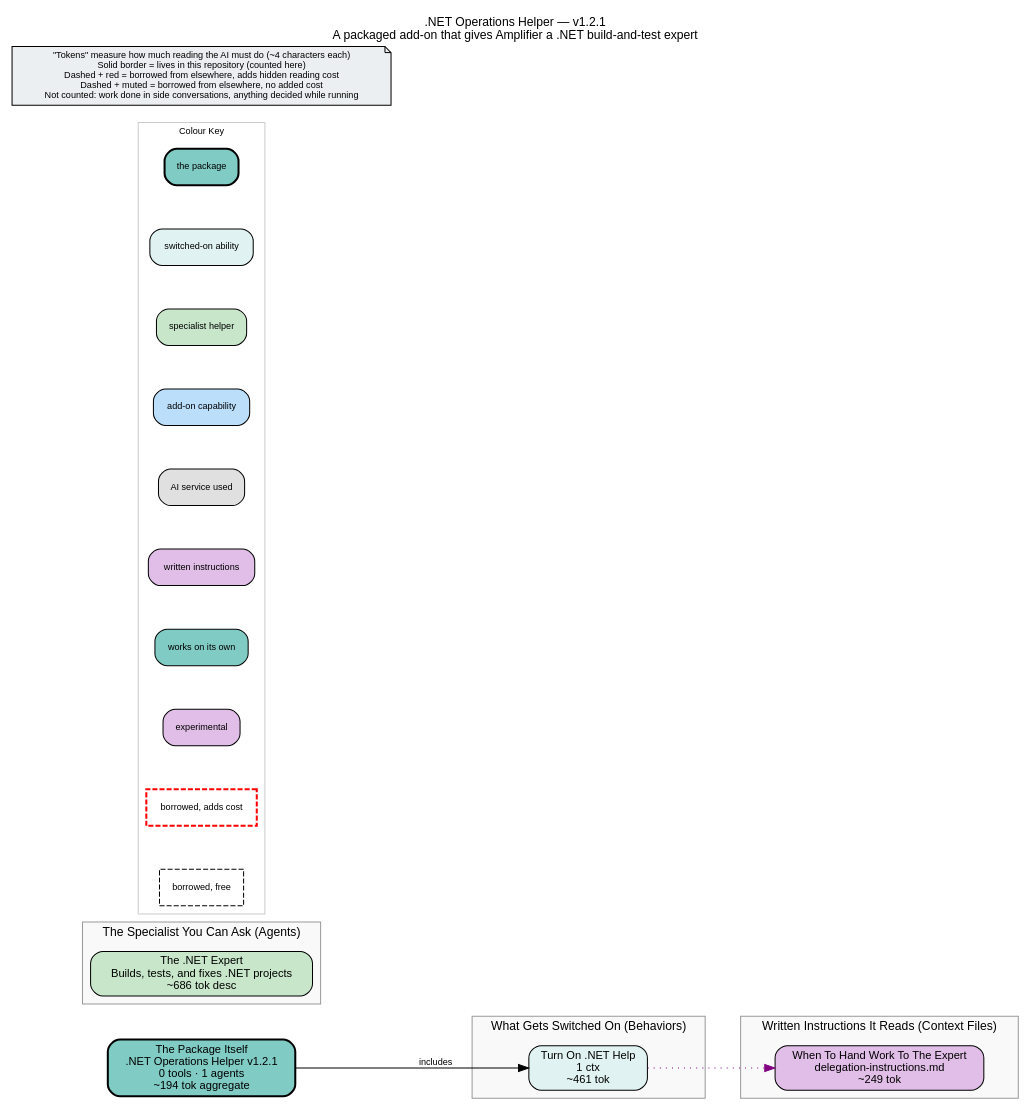
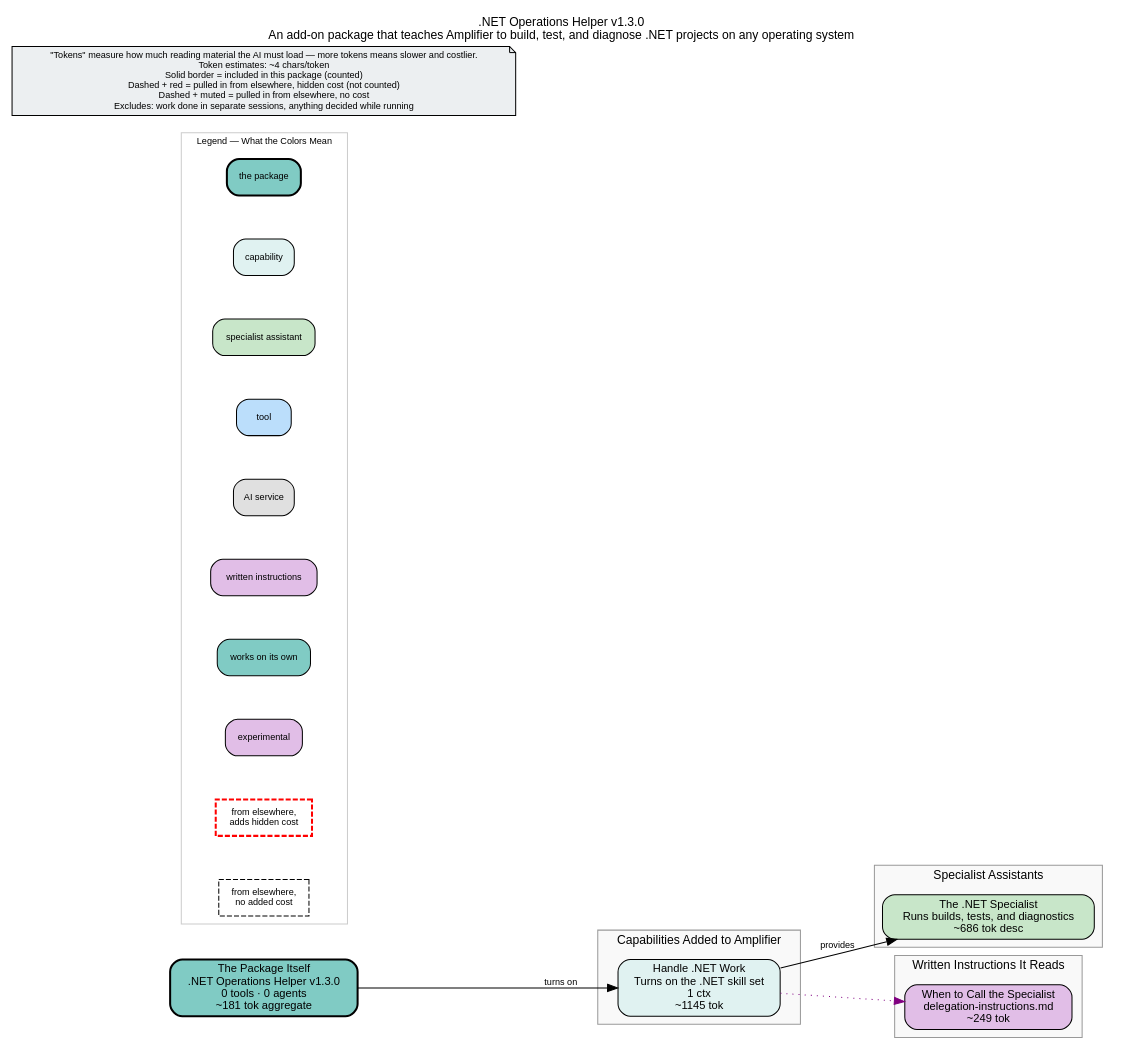
Before and after one commit to colombod/amplifier-bundle-dotnet-ops: the diagram in bundle.dot, drawn with Graphviz. The commit also changed 6 other files, not shown here.

```diff
--- a/bundle.dot
+++ b/bundle.dot
@@ -1,70 +1,71 @@
-// This repository packages a ready-made ".NET helper" assistant that Amplifier can install, so a project can get expert help with .NET build, test, and troubleshooting tasks.
+// This repository packages a ".NET operations" helper for Amplifier: a single specialist assistant that runs .NET build, test, and diagnostic commands correctly on Windows, macOS, and Linux.
 digraph dotnet_ops {
     rankdir=LR
     fontname="Helvetica"
     fontsize=12
-    label=".NET Operations Helper — v1.2.1\nA packaged add-on that gives Amplifier a .NET build-and-test expert"
+    label=".NET Operations Helper v1.3.0\nAn add-on package that teaches Amplifier to build, test, and diagnose .NET projects on any operating system"
     labelloc=t
     labeljust=c
     nodesep=0.6
     ranksep=0.7
     bgcolor="white"
-    source_hash="94531b62e8594e83e48ceeb0b5c102f6bdf8eb645a441ce17d0b331c5adb53c2"
+    source_hash="b393b62b27bcdbef15b68c7211f68be3ac25df161c7fa38a92c2e7300a463ac8"
 
     node [fontname="Helvetica", fontsize=11, style="filled,rounded"]
     edge [fontname="Helvetica", fontsize=9]
 
-    root_dotnet_ops [label="The Package Itself\n.NET Operations Helper v1.2.1\n0 tools · 1 agents\n~194 tok aggregate", shape=box, fillcolor="#80cbc4", style="filled,rounded,bold", penwidth=2]
+    root_dotnet_ops [label="The Package Itself\n.NET Operations Helper v1.3.0\n0 tools · 0 agents\n~181 tok aggregate", shape=box, fillcolor="#80cbc4", style="filled,rounded,bold", penwidth=2]
 
     subgraph cluster_behaviors {
-        label="What Gets Switched On (Behaviors)"
+        label="Capabilities Added to Amplifier"
         style="filled"
         fillcolor="#f9f9f9"
         color="#999999"
 
-        beh_dotnet_ops_behavior [label="Turn On .NET Help\n1 ctx\n~461 tok", shape=box, fillcolor="#e0f2f1", style="filled,rounded"]
+        beh_dotnet_ops_behavior [label="Handle .NET Work\nTurns on the .NET skill set\n1 ctx\n~1145 tok", shape=box, fillcolor="#e0f2f1", style="filled,rounded"]
     }
 
     subgraph cluster_agents {
-        label="The Specialist You Can Ask (Agents)"
+        label="Specialist Assistants"
         style="filled"
         fillcolor="#f9f9f9"
         color="#999999"
 
-        agt_dotnet_ops [label="The .NET Expert\nBuilds, tests, and fixes .NET projects\n~686 tok desc", shape=box, fillcolor="#c8e6c9", style="filled,rounded"]
+        agt_dotnet_ops [label="The .NET Specialist\nRuns builds, tests, and diagnostics\n~686 tok desc", shape=box, fillcolor="#c8e6c9", style="filled,rounded"]
     }
 
     subgraph cluster_context {
-        label="Written Instructions It Reads (Context Files)"
+        label="Written Instructions It Reads"
         style="filled"
         fillcolor="#f9f9f9"
         color="#999999"
 
-        ctx_delegation_instructions_md [label="When To Hand Work To The Expert\ndelegation-instructions.md\n~249 tok", shape=box, fillcolor="#e1bee7", style="filled,rounded"]
+        ctx_delegation_instructions_md [label="When to Call the Specialist\ndelegation-instructions.md\n~249 tok", shape=box, fillcolor="#e1bee7", style="filled,rounded"]
     }
 
     subgraph cluster_legend {
-        label="Colour Key"
+        label="Legend — What the Colors Mean"
         style="filled"
         fillcolor="white"
         color="#cccccc"
         fontsize=9
 
         leg_root [label="the package", shape=box, fillcolor="#80cbc4", style="filled,rounded,bold", fontsize=9]
-        leg_behavior [label="switched-on ability", shape=box, fillcolor="#e0f2f1", style="filled,rounded", fontsize=9]
-        leg_agent [label="specialist helper", shape=box, fillcolor="#c8e6c9", style="filled,rounded", fontsize=9]
-        leg_module [label="add-on capability", shape=box, fillcolor="#bbdefb", style="filled,rounded", fontsize=9]
-        leg_provider [label="AI service used", shape=box, fillcolor="#e0e0e0", style="filled,rounded", fontsize=9]
+        leg_behavior [label="capability", shape=box, fillcolor="#e0f2f1", style="filled,rounded", fontsize=9]
+        leg_agent [label="specialist assistant", shape=box, fillcolor="#c8e6c9", style="filled,rounded", fontsize=9]
+        leg_module [label="tool", shape=box, fillcolor="#bbdefb", style="filled,rounded", fontsize=9]
+        leg_provider [label="AI service", shape=box, fillcolor="#e0e0e0", style="filled,rounded", fontsize=9]
         leg_context [label="written instructions", shape=box, fillcolor="#e1bee7", style="filled,rounded", fontsize=9]
         leg_standalone [label="works on its own", shape=box, fillcolor="#80cbc4", style="filled,rounded", fontsize=9]
         leg_experiment [label="experimental", shape=box, fillcolor="#e1bee7", style="filled,rounded", fontsize=9]
-        leg_ext_cost [label="borrowed, adds cost", shape=box, fillcolor="#80cbc4", style="dashed", color="red", penwidth=2, fontsize=9]
-        leg_ext_muted [label="borrowed, free", shape=box, fillcolor="#f5f5f5", style="dashed", fontsize=9]
+        leg_ext_cost [label="from elsewhere,\nadds hidden cost", shape=box, fillcolor="#80cbc4", style="dashed", color="red", penwidth=2, fontsize=9]
+        leg_ext_muted [label="from elsewhere,\nno added cost", shape=box, fillcolor="#f5f5f5", style="dashed", fontsize=9]
     }
 
-    disclaimer [label="\"Tokens\" measure how much reading the AI must do (~4 characters each)\nSolid border = lives in this repository (counted here)\nDashed + red = borrowed from elsewhere, adds hidden reading cost\nDashed + muted = borrowed from elsewhere, no added cost\nNot counted: work done in side conversations, anything decided while running", shape=note, fillcolor="#eceff1", style="filled", fontsize=9]
+    disclaimer [label="\"Tokens\" measure how much reading material the AI must load — more tokens means slower and costlier.\nToken estimates: ~4 chars/token\nSolid border = included in this package (counted)\nDashed + red = pulled in from elsewhere, hidden cost (not counted)\nDashed + muted = pulled in from elsewhere, no cost\nExcludes: work done in separate sessions, anything decided while running", shape=note, fillcolor="#eceff1", style="filled", fontsize=9]
 
 
-    root_dotnet_ops -> beh_dotnet_ops_behavior [label="includes"]
+    root_dotnet_ops -> beh_dotnet_ops_behavior [label="turns on"]
+    beh_dotnet_ops_behavior -> agt_dotnet_ops [label="provides"]
     beh_dotnet_ops_behavior -> ctx_delegation_instructions_md [style=dotted, color=purple]
 }
```
